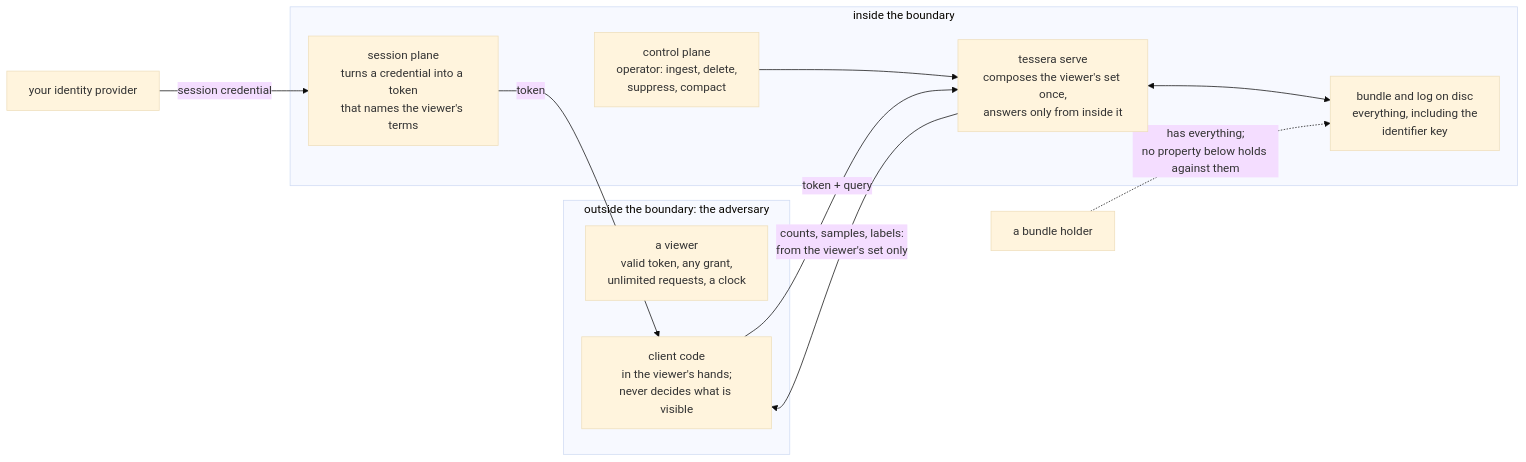
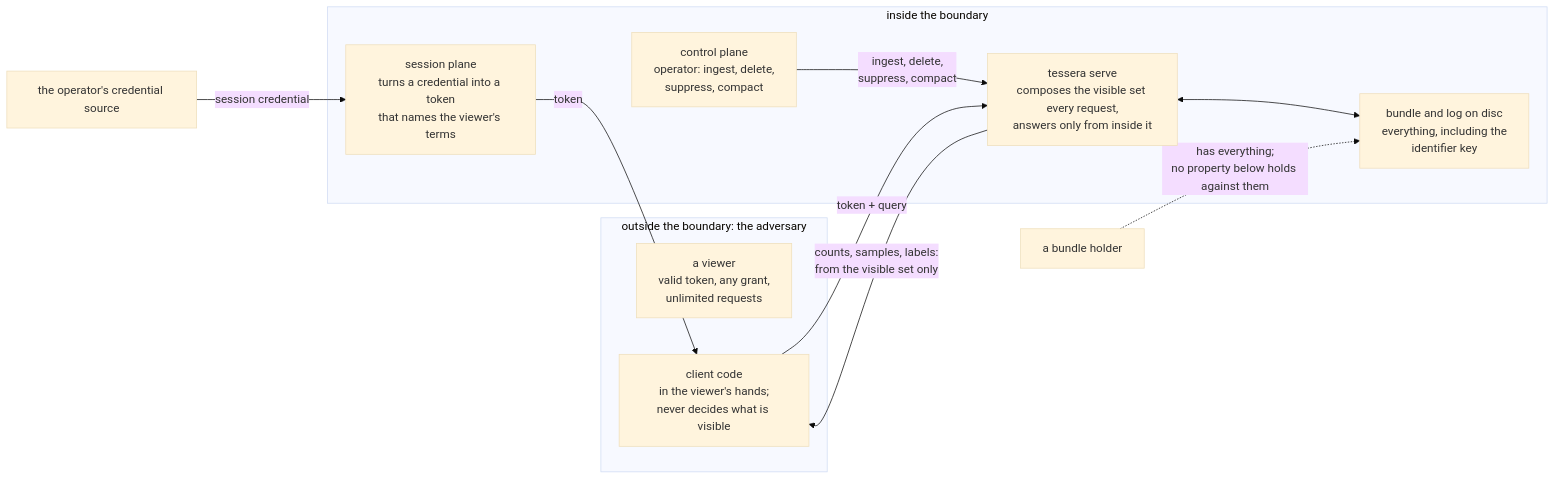
The diagram in docs/system/security.md (jennis0/tesseradb), drawn with Mermaid (base theme) before and after one commit. The commit also changed other lines of this file, not shown here.

````diff
--- a/docs/system/security.md
+++ b/docs/system/security.md
@@ -22,23 +43,23 @@
 ```mermaid
 flowchart LR
   subgraph untrusted["outside the boundary: the adversary"]
-    viewer["a viewer<br/>valid token, any grant,<br/>unlimited requests, a clock"]
+    viewer["a viewer<br/>valid token, any grant,<br/>unlimited requests"]
     client["client code<br/>in the viewer's hands;<br/>never decides what is visible"]
   end
 
   subgraph trusted["inside the boundary"]
     session["session plane<br/>turns a credential into a token<br/>that names the viewer's terms"]
-    serve["tessera serve<br/>composes the viewer's set once,<br/>answers only from inside it"]
+    serve["tessera serve<br/>composes the visible set every request,<br/>answers only from inside it"]
     control["control plane<br/>operator: ingest, delete,<br/>suppress, compact"]
     bundle["bundle and log on disc<br/>everything, including the<br/>identifier key"]
   end
 
-  issuer["your identity provider"] -- "session credential" --> session
+  issuer["the operator's credential source"] -- "session credential" --> session
   session -- "token" --> client
   client -- "token + query" --> serve
-  serve -- "counts, samples, labels:<br/>from the viewer's set only" --> client
-  control --> serve
+  serve -- "counts, samples, labels:<br/>from the visible set only" --> client
+  control -- "ingest, delete,<br/>suppress, compact" --> serve
   serve <--> bundle
 
   holder["a bundle holder"] -. "has everything;<br/>no property below holds against them" .-> bundle
 ```
````
